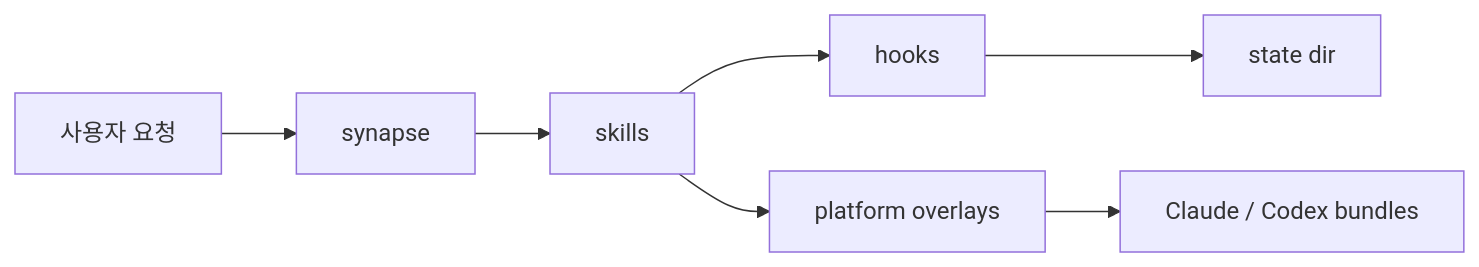
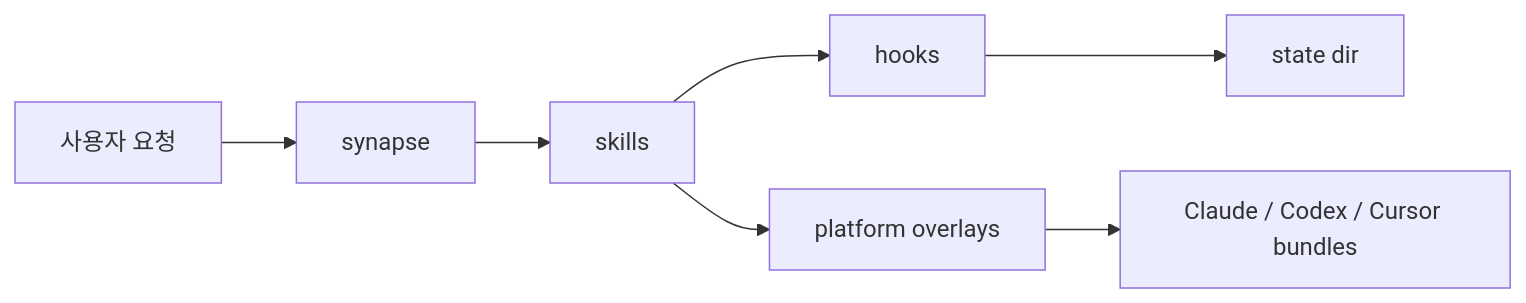
One commit to Jimmy-Jung/ai-symbiote changed the diagram in docs/01-프로젝트-개요.md. Above: the diagram before and after it, drawn with Mermaid. The commit also changed other lines of this file and 6 other files, not shown here.

````diff
--- a/docs/01-프로젝트-개요.md
+++ b/docs/01-프로젝트-개요.md
@@ -10,9 +10,9 @@
 ```mermaid
 flowchart LR
     A["사용자 요청"] --> B["synapse"]
     B --> C["skills"]
     C --> D["hooks"]
     D --> E["state dir"]
     C --> F["platform overlays"]
-    F --> G["Claude / Codex bundles"]
+    F --> G["Claude / Codex / Cursor bundles"]
 ```
````
